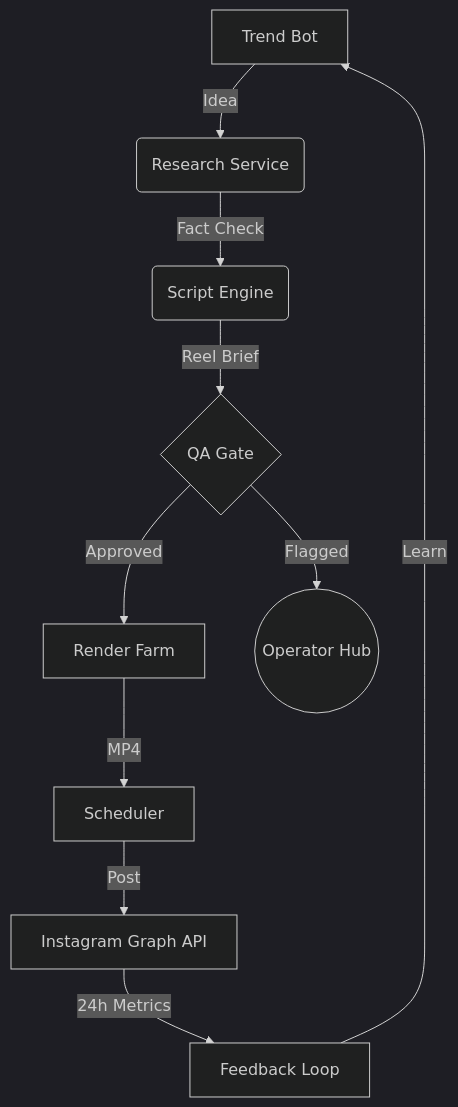
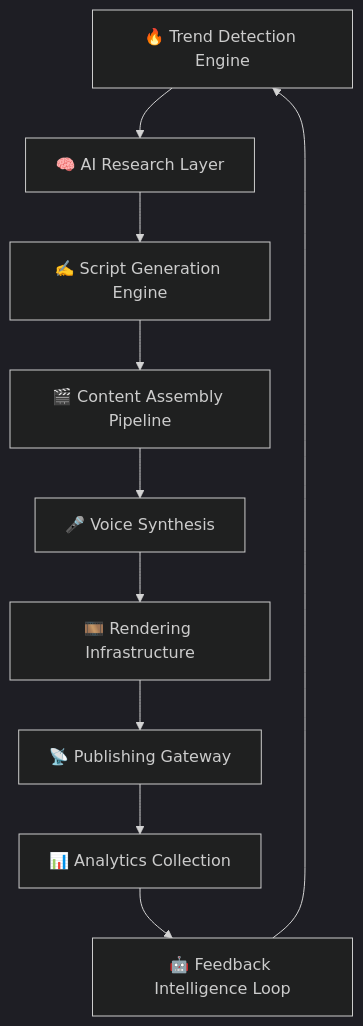
The diagram in README.md (HrshJha/Matiks-Content), drawn with Mermaid (dark theme) before and after one commit. The commit also changed other lines of this file, not shown here.

Commit message:
Update README with new content and structure

````diff
--- a/README.md
+++ b/README.md
@@ -60,12 +141,22 @@
 ```mermaid
 graph TD
-    A[Trend Bot] -->|Idea| B(Research Service)
-    B -->|Fact Check| C(Script Engine)
-    C -->|Reel Brief| D{QA Gate}
-    D -->|Approved| E[Render Farm]
-    D -->|Flagged| F((Operator Hub))
-    E -->|MP4| G[Scheduler]
-    G -->|Post| H[Instagram Graph API]
-    H -->|24h Metrics| I[Feedback Loop]
-    I -->|Learn| A
+
+A[🔥 Trend Detection Engine]
+--> B[🧠 AI Research Layer]
+
+B --> C[✍️ Script Generation Engine]
+
+C --> D[🎬 Content Assembly Pipeline]
+
+D --> E[🎤 Voice Synthesis]
+
+E --> F[🎞️ Rendering Infrastructure]
+
+F --> G[📡 Publishing Gateway]
+
+G --> H[📊 Analytics Collection]
+
+H --> I[🤖 Feedback Intelligence Loop]
+
+I --> A
 ```
````
